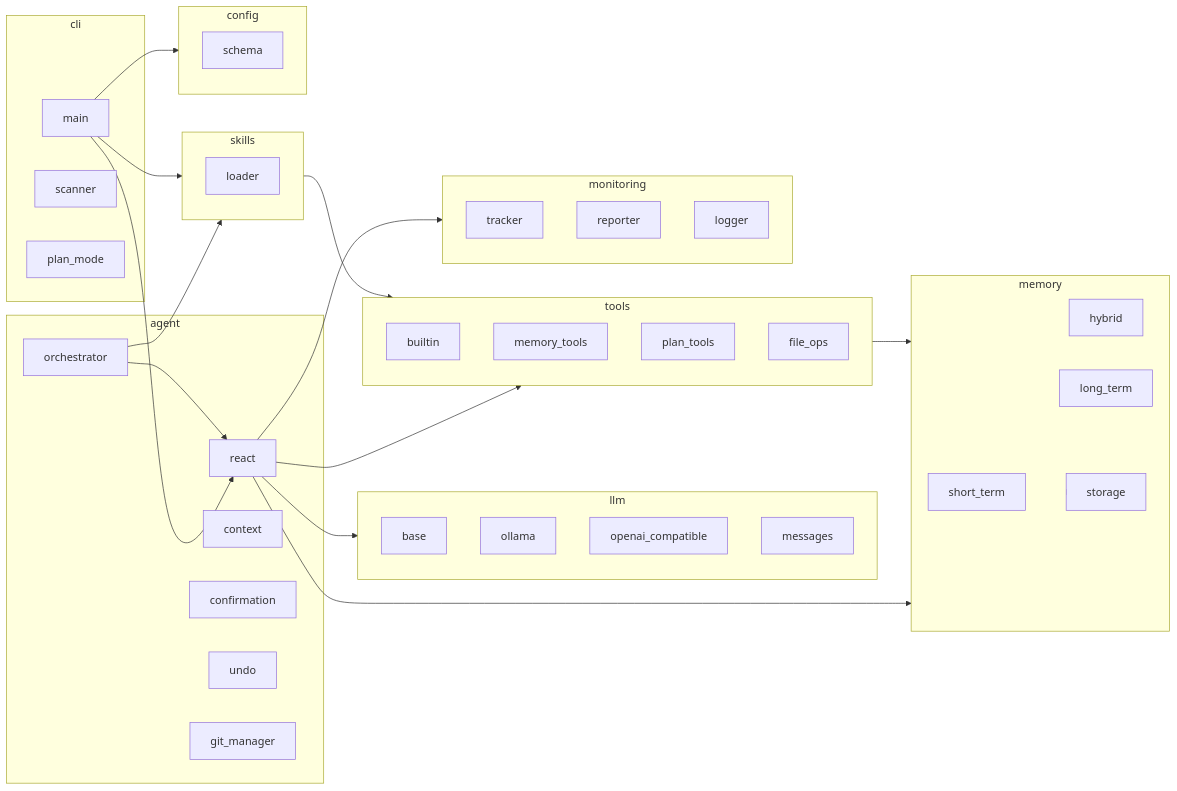
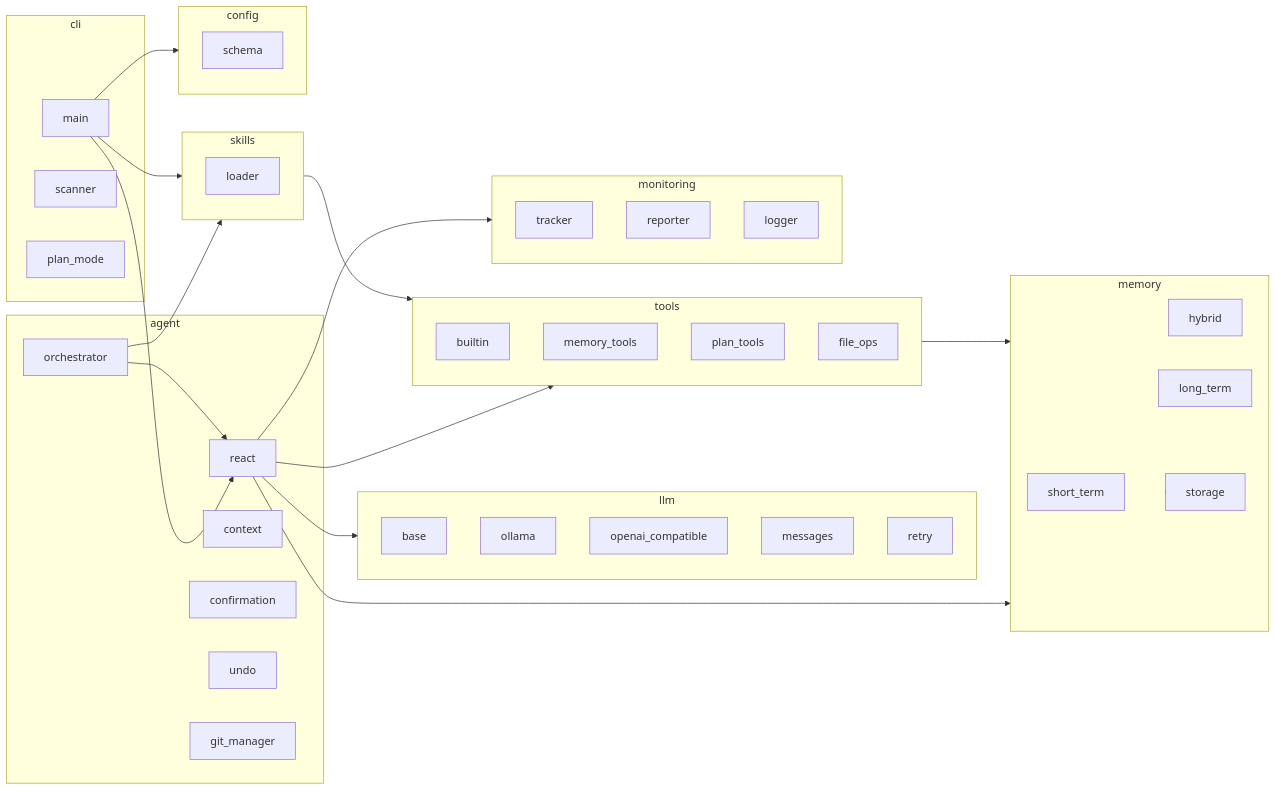
One commit to Tobytywang/NanoAgent changed the fourth of 4 diagrams in docs/architecture.md. Above: the diagram before and after it, drawn with Mermaid. The commit also changed other lines of this file and 17 other files, not shown here.

````diff
--- a/docs/architecture.md
+++ b/docs/architecture.md
@@ -280,73 +282,74 @@
 ```mermaid
 graph LR
     subgraph cli[cli]
         main
         scanner
         plan_mode
     end
 
     subgraph agent[agent]
         react
         orchestrator
         context
         confirmation
         undo
         git_manager
     end
 
     subgraph llm[llm]
         base
         ollama
         openai_compatible
         messages
+        retry
     end
 
     subgraph memory[memory]
         short_term
         hybrid
         long_term
         storage
     end
 
     subgraph tools[tools]
         base
         builtin
         memory_tools
         plan_tools
         file_ops
     end
 
     subgraph skills[skills]
         base
         loader
     end
 
     subgraph config[config]
         schema
         loader
     end
 
     subgraph monitoring[monitoring]
         tracker
         reporter
         logger
     end
 
     main --> react
     main --> config
     main --> skills
 
     react --> llm
     react --> memory
     react --> tools
     react --> monitoring
 
     orchestrator --> react
     orchestrator --> skills
 
     memory --> storage
 
     tools --> memory
 
     skills --> tools
 ```
````
